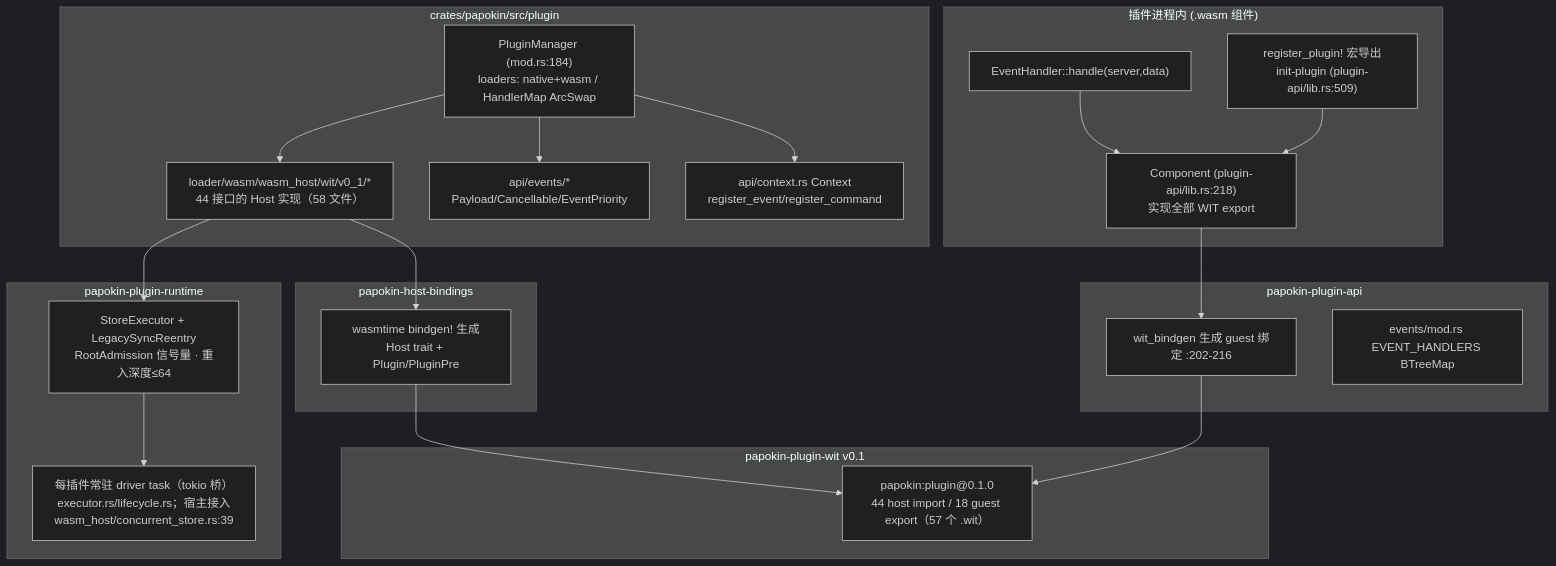
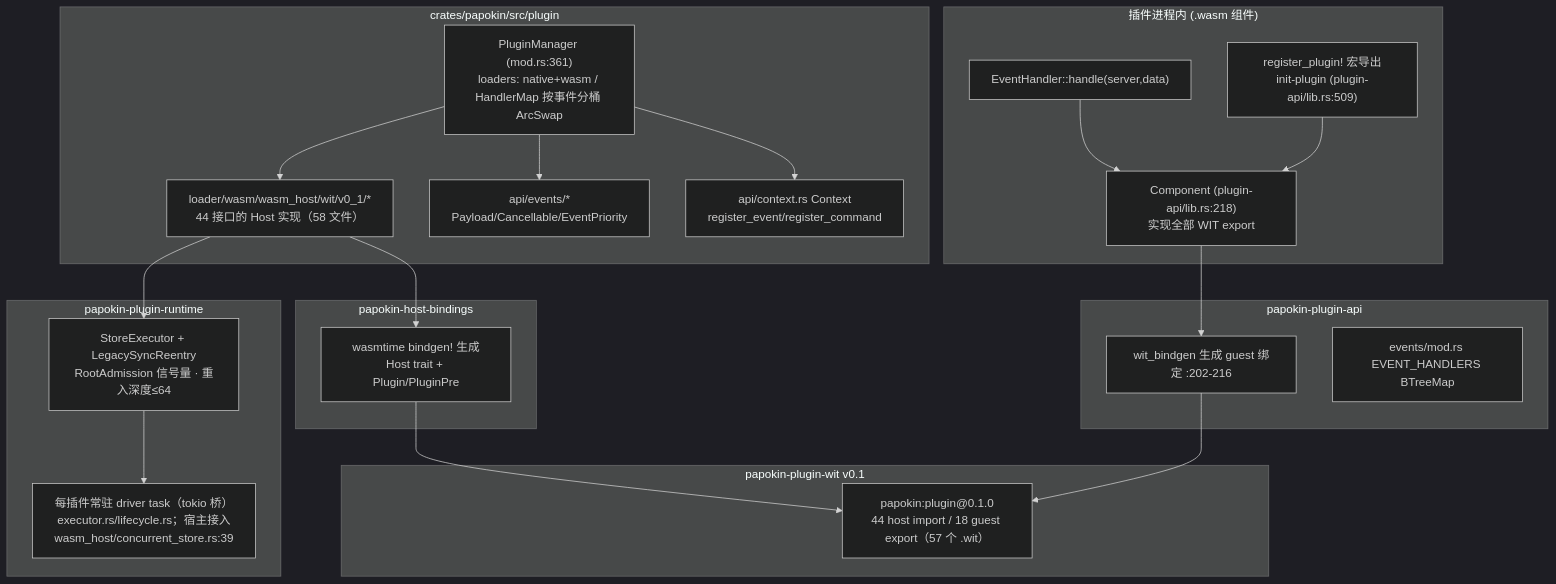
One commit to Quotidietium/Papokin changed the eighth of 8 diagrams in note/04-模块分析.md. Above: the diagram before and after it, drawn with Mermaid (dark theme). The commit also changed other lines of this file and 1 other file, not shown here.

````diff
--- a/note/04-模块分析.md
+++ b/note/04-模块分析.md
@@ -284,32 +284,32 @@
 ```mermaid
 graph TB
     subgraph GUEST["插件进程内 (.wasm 组件)"]
         REG["register_plugin! 宏导出<br/>init-plugin (plugin-api/lib.rs:509)"]
         EH["EventHandler::handle(server,data)"]
         CGUEST["Component (plugin-api/lib.rs:218)<br/>实现全部 WIT export"]
     end
     subgraph SDK["papokin-plugin-api"]
         GB["wit_bindgen 生成 guest 绑定 :202-216"]
         EVS["events/mod.rs EVENT_HANDLERS BTreeMap"]
     end
     subgraph CONTRACT["papokin-plugin-wit v0.1"]
         WITW["papokin:plugin@0.1.0<br/>44 host import / 18 guest export（57 个 .wit）"]
     end
     subgraph HOSTIMPL["crates/papokin/src/plugin"]
-        PM2["PluginManager (mod.rs:184)<br/>loaders: native+wasm / HandlerMap ArcSwap"]
+        PM2["PluginManager (mod.rs:361)<br/>loaders: native+wasm / HandlerMap 按事件分桶 ArcSwap"]
         WH["loader/wasm/wasm_host/wit/v0_1/*<br/>44 接口的 Host 实现（58 文件）"]
         EVENTS["api/events/*<br/>Payload/Cancellable/EventPriority"]
         CTX["api/context.rs Context<br/>register_event/register_command"]
     end
     subgraph RT["papokin-plugin-runtime"]
         EXE["StoreExecutor + LegacySyncReentry<br/>RootAdmission 信号量 · 重入深度≤64"]
         DRV["每插件常驻 driver task（tokio 桥）<br/>executor.rs/lifecycle.rs；宿主接入<br/>wasm_host/concurrent_store.rs:39"]
     end
     subgraph HB2["papokin-host-bindings"]
         BG["wasmtime bindgen! 生成<br/>Host trait + Plugin/PluginPre"]
     end
     REG & EH --> CGUEST --> GB --> WITW
     PM2 --> WH --> BG --> WITW
     WH --> EXE --> DRV
     PM2 --> EVENTS & CTX
 ```
````
